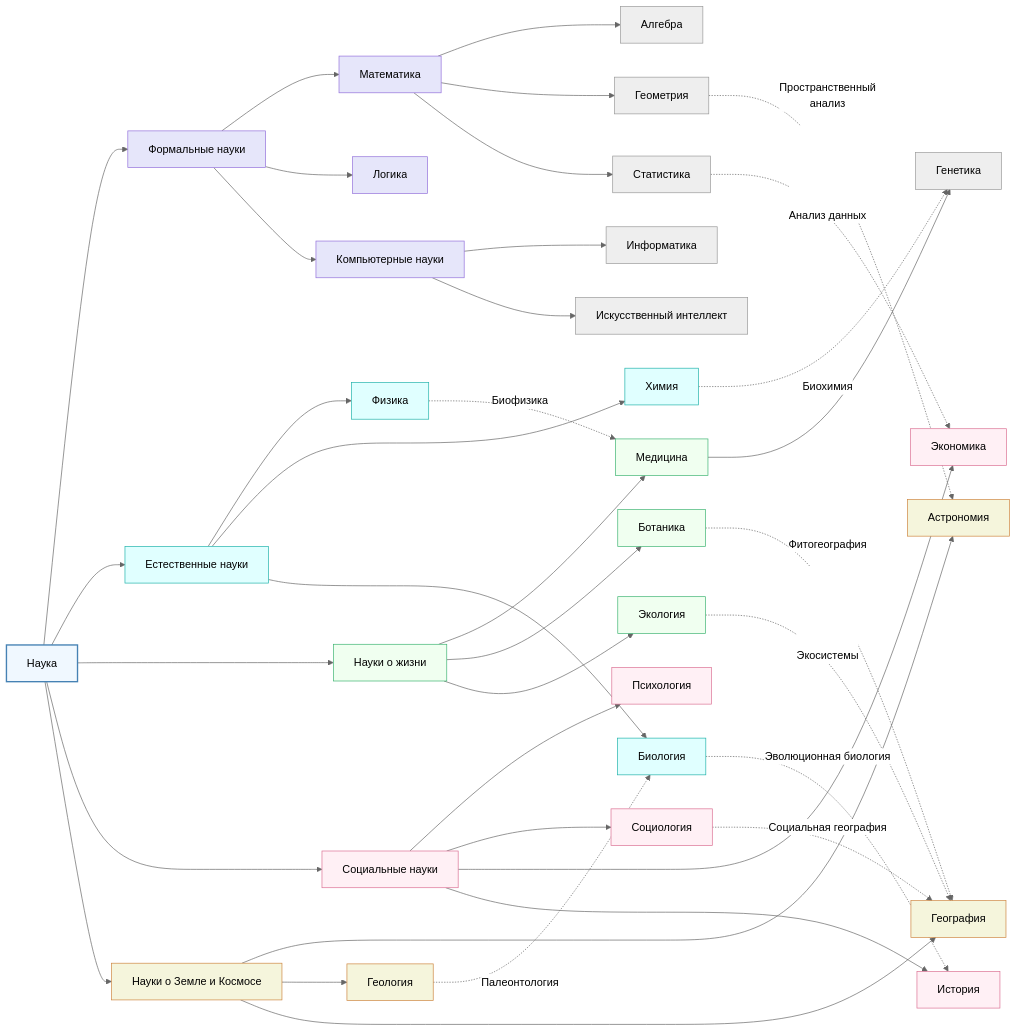
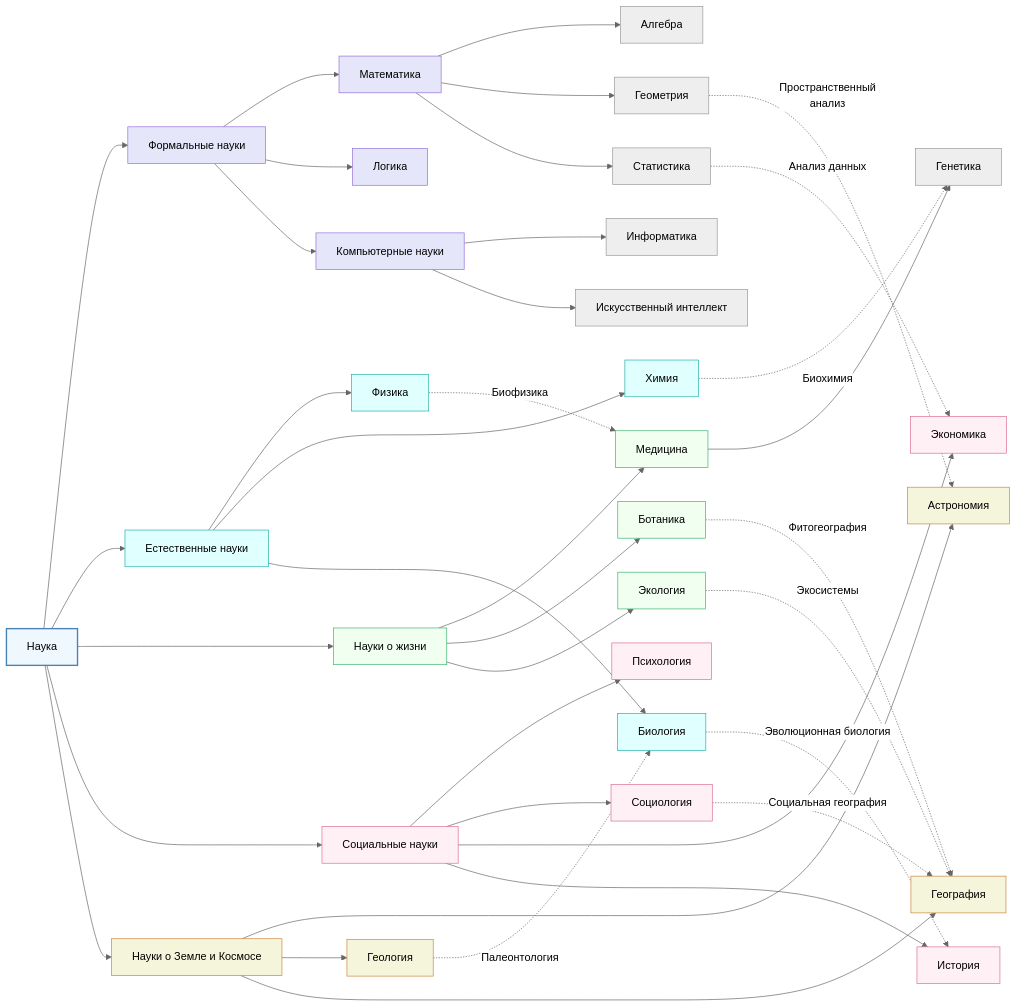
One commit to shwars/2025_kidbook changed the diagram in WORK/world/science/Report.md. Above: the diagram before and after it, drawn with Mermaid (neutral theme).

````diff
--- a/WORK/world/science/Report.md
+++ b/WORK/world/science/Report.md
@@ -81,68 +81,68 @@
 ```mermaid
 graph LR
     %% Основные категории
     A[Наука]:::root
     A --> B[Формальные науки]
     A --> C[Естественные науки]
     A --> D[Науки о жизни]
     A --> E[Социальные науки]
     A --> F[Науки о Земле и Космосе]
 
     %% Формальные науки
     B --> B1[Математика]
     B1 --> B11[Алгебра]
     B1 --> B12[Геометрия]
     B1 --> B13[Статистика]
     B --> B2[Логика]
     B --> B3[Компьютерные науки]
     B3 --> B31[Информатика]
     B3 --> B32[Искусственный интеллект]
 
     %% Естественные науки
     C --> C1[Физика]
     C --> C2[Химия]
     C --> C3[Биология]
 
     %% Науки о жизни
     D --> D1[Медицина]
     D1 --> D11[Генетика]
     D --> D3[Ботаника]
     D --> D4[Экология]
 
     %% Социальные науки
     E --> E2[Психология]
     E --> E3[Социология]
     E --> E4[Экономика]
     E --> E5[История]
 
     %% Науки о Земле
     F --> F1[Астрономия]
     F --> F2[Геология]
     F --> F3[География]
 
     %% Горизонтальные связи 
     C2 -. "Биохимия" .-> D11
     C1 -. "Биофизика" .-> D1
-    B13 -. "<br><br><br><br><br>Анализ данных                        " .-> E4
-    D4 -. "<br><br><br><br><br>Экосистемы" .-> F3
+    B13 -. "Анализ данных                        " .-> E4
+    D4 -. "Экосистемы" .-> F3
     B12 -. "Пространственный<br>анализ" .-> F1
     E3 -. "Социальная география" .-> F3
-    D3 -. "<br><br>Фитогеография" .-> F3
+    D3 -. "<br>Фитогеография" .-> F3
     C3 -. "Эволюционная биология" .-> E5
     F2 -. "Палеонтология" .-> C3
 
     %% Стили
     classDef root fill:#f0f8ff,stroke:#4682b4,stroke-width:2px;
     classDef formal fill:#e6e6fa,stroke:#9370db;
     classDef natural fill:#e0ffff,stroke:#20b2aa;
     classDef life fill:#f0fff0,stroke:#3cb371;
     classDef social fill:#fff0f5,stroke:#db7093;
     classDef earth fill:#f5f5dc,stroke:#cd853f;
     classDef link stroke-dasharray:3 3,stroke:#666;
 
     class B,B1,B2,B3 formal;
     class C,C1,C2,C3 natural;
     class D,D1,D3,D4 life;
     class E,E2,E3,E4,E5 social;
     class F,F1,F2,F3 earth;
 ```
````
